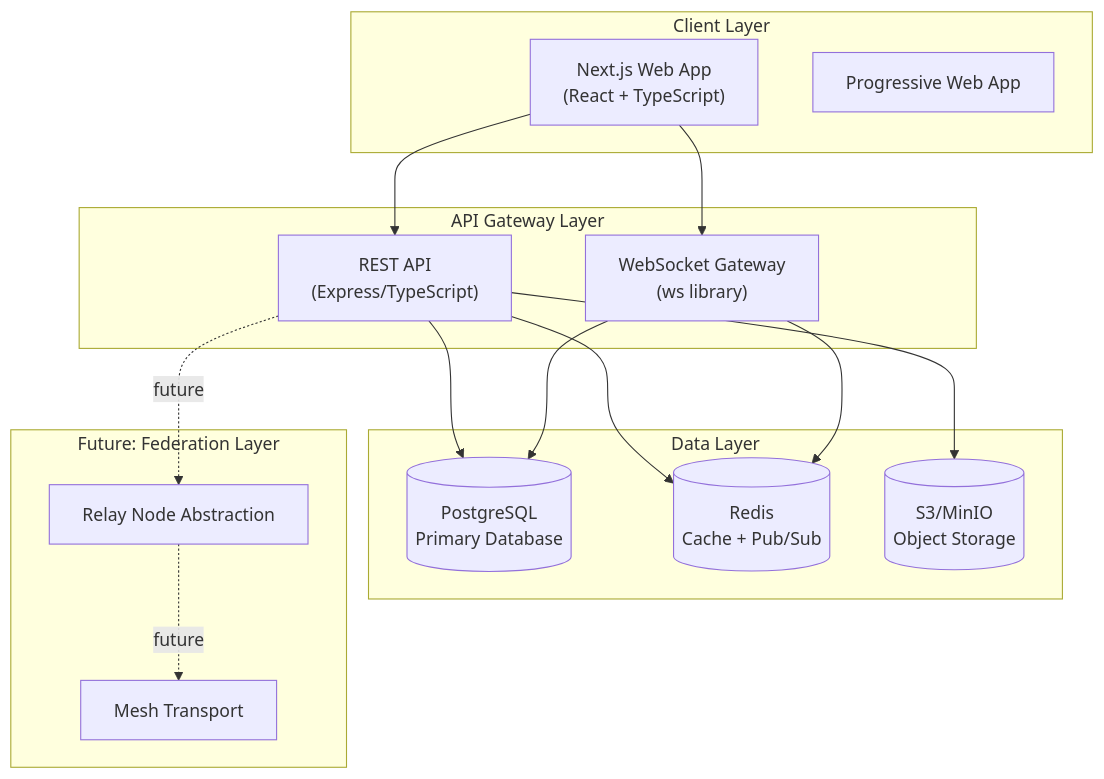
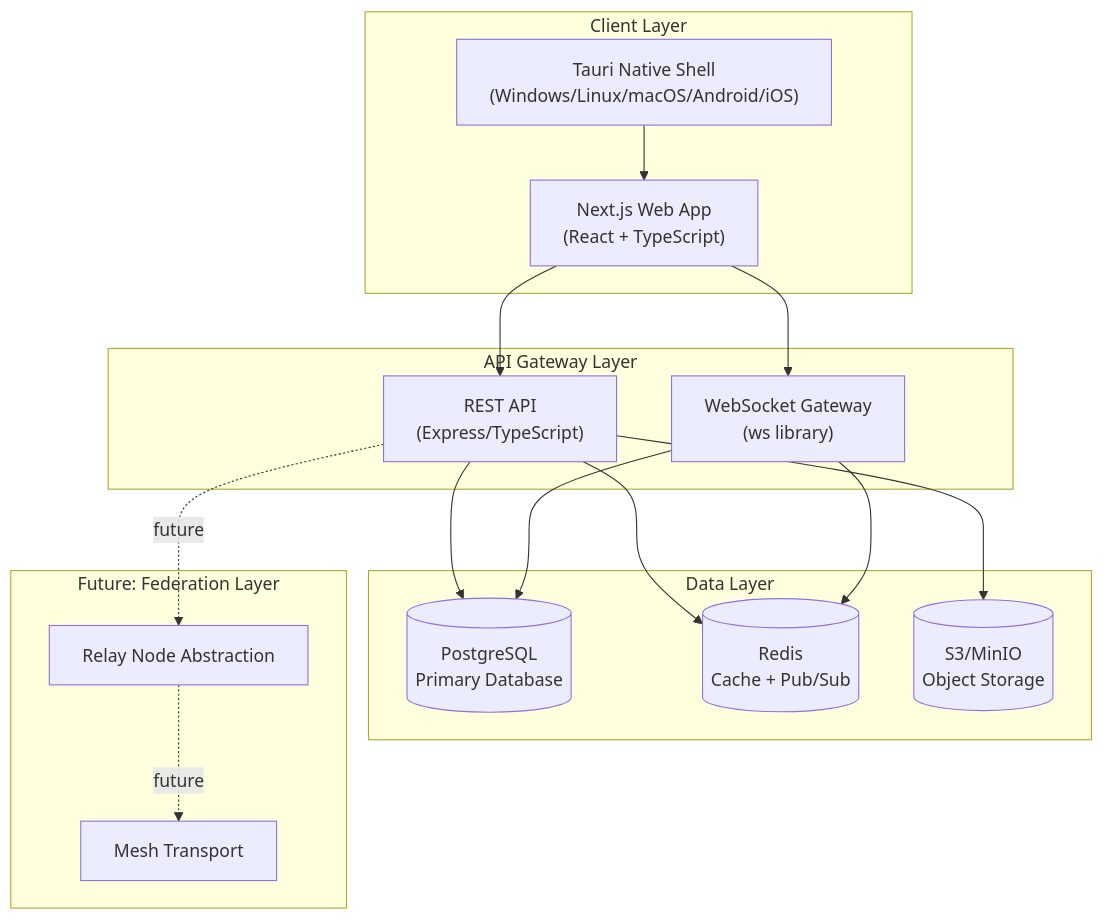
One commit to jhwodchuck/EmberChamber changed the first of 5 diagrams in docs/architecture.md. Above: the diagram before and after it, drawn with Mermaid. The commit also changed other lines of this file and 102 other files, not shown here.

````diff
--- a/docs/architecture.md
+++ b/docs/architecture.md
@@ -5,33 +5,34 @@
 ```mermaid
 graph TB
     subgraph Client["Client Layer"]
         WEB["Next.js Web App\n(React + TypeScript)"]
-        PWA["Progressive Web App"]
+        NATIVE["Tauri Native Shell\n(Windows/Linux/macOS/Android/iOS)"]
     end
 
     subgraph Gateway["API Gateway Layer"]
         API["REST API\n(Express/TypeScript)"]
         WS["WebSocket Gateway\n(ws library)"]
     end
 
     subgraph Data["Data Layer"]
         PG[("PostgreSQL\nPrimary Database")]
         RD[("Redis\nCache + Pub/Sub")]
         S3[("S3/MinIO\nObject Storage")]
     end
 
     subgraph Future["Future: Federation Layer"]
         RELAY["Relay Node Abstraction"]
         MESH["Mesh Transport"]
     end
 
     WEB --> API
     WEB --> WS
+    NATIVE --> WEB
     API --> PG
     API --> RD
     API --> S3
     WS --> RD
     WS --> PG
     API -.->|future| RELAY
     RELAY -.->|future| MESH
 ```
````
